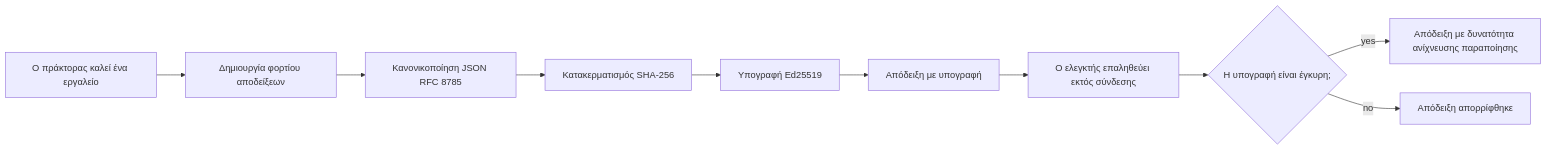
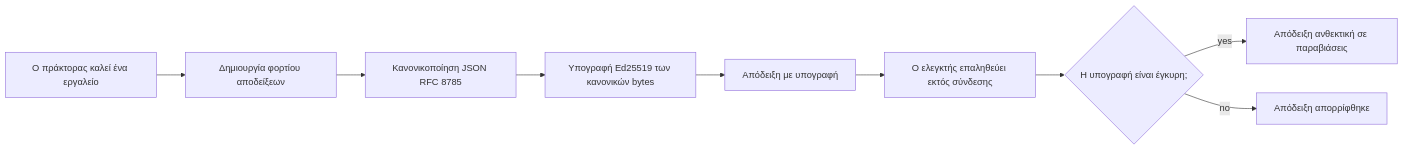
The first of 2 diagrams in mirrors/repos/microsoft@ai-agents-for-beginners/translations/el/18-securing-ai-agents/README.md (gabrielmoreira/agent-skills-mirror), drawn with Mermaid before and after one commit. The commit also changed other lines of this file and 4262 other files, not shown here.

````diff
--- a/mirrors/repos/microsoft@ai-agents-for-beginners/translations/el/18-securing-ai-agents/README.md
+++ b/mirrors/repos/microsoft@ai-agents-for-beginners/translations/el/18-securing-ai-agents/README.md
@@ -51,12 +51,11 @@
 ```mermaid
 flowchart LR
     A[Ο πράκτορας καλεί ένα εργαλείο] --> B[Δημιουργία φορτίου αποδείξεων]
-    B --> C[Κανoνικοποίηση JSON RFC 8785]
-    C --> D[Κατακερματισμός SHA-256]
-    D --> E[Υπογραφή Ed25519]
+    B --> C[Κανονικοποίηση JSON RFC 8785]
+    C --> E[Υπογραφή Ed25519 των κανονικών bytes]
     E --> F[Απόδειξη με υπογραφή]
     F --> G[Ο ελεγκτής επαληθεύει εκτός σύνδεσης]
     G --> H{Η υπογραφή είναι έγκυρη;}
-    H -- yes --> I[Απόδειξη με δυνατότητα ανίχνευσης παραποίησης]
+    H -- yes --> I[Απόδειξη ανθεκτική σε παραβιάσεις]
     H -- no --> J[Απόδειξη απορρίφθηκε]
 ```
````
